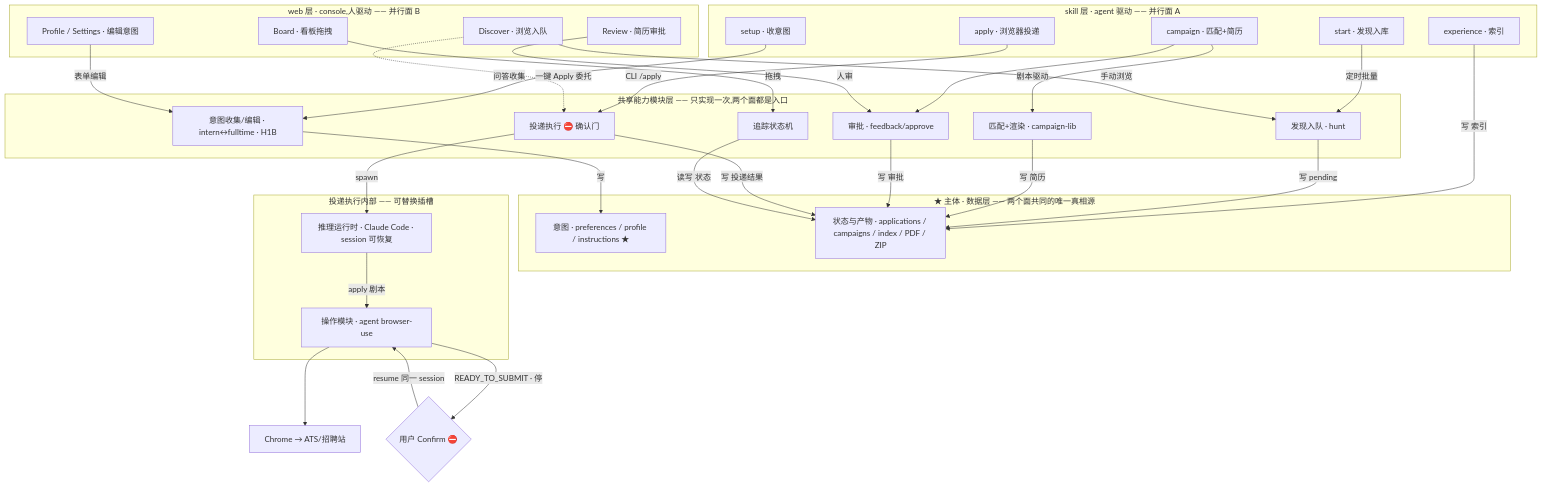
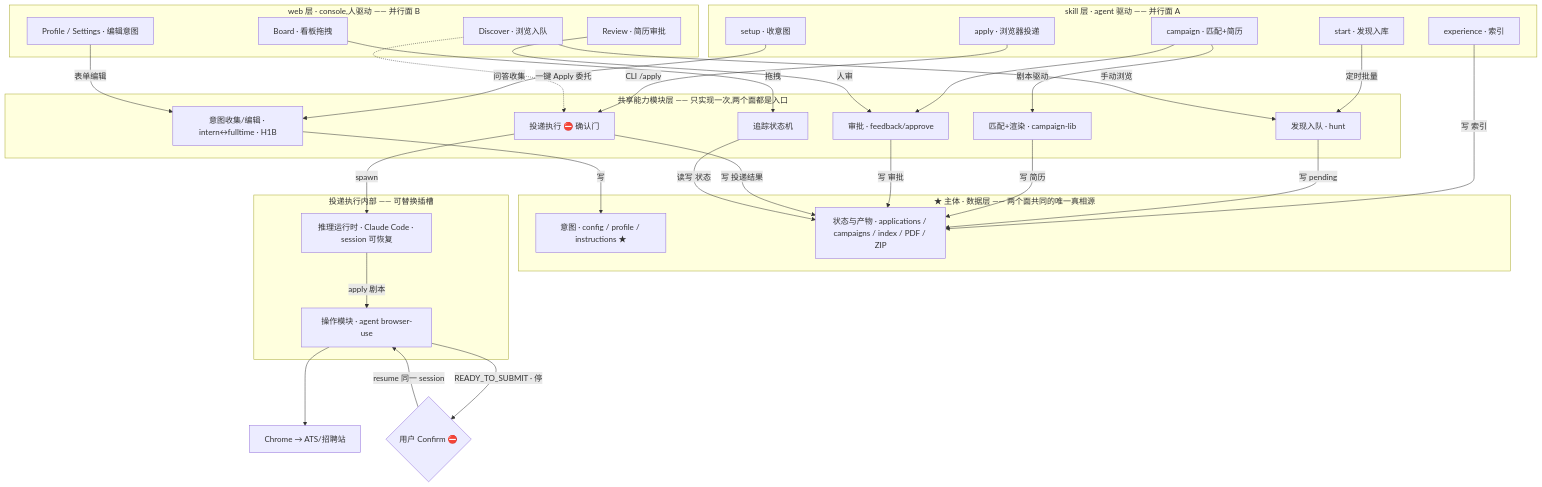
Before and after one commit to Sma1lboy/coforce-apply: the first of 4 diagrams in docs/ARCHITECTURE.md, drawn with Mermaid. The commit also changed 5 other files, not shown here.

````diff
--- a/docs/ARCHITECTURE.md
+++ b/docs/ARCHITECTURE.md
@@ -31,62 +31,62 @@
 ```mermaid
 flowchart TB
   subgraph SK[skill 层 · agent 驱动 —— 并行面 A]
     SETUP[setup · 收意图]
     EXP[experience · 索引]
     START[start · 发现入库]
     CAMP[campaign · 匹配+简历]
     APPLY[apply · 浏览器投递]
   end
 
   subgraph WEB[web 层 · console,人驱动 —— 并行面 B]
     DISC[Discover · 浏览入队]
     BOARD[Board · 看板拖拽]
     REV[Review · 简历审批]
     PSET[Profile / Settings · 编辑意图]
   end
 
   subgraph CAP[共享能力模块层 —— 只实现一次,两个面都是入口]
     C1[意图收集/编辑 · intern↔fulltime · H1B]
     C3[发现入队 · hunt]
     C4[匹配+渲染 · campaign-lib]
     C5[审批 · feedback/approve]
     C6[投递执行 ⛔ 确认门]
     C7[追踪状态机]
   end
 
   subgraph CORE[★ 主体 · 数据层 —— 两个面共同的唯一真相源]
-    INTENT[意图 · preferences / profile / instructions ★]
+    INTENT[意图 · config / profile / instructions ★]
     STATE[状态与产物 · applications / campaigns / index / PDF / ZIP]
   end
 
   SETUP -->|问答收集| C1
   PSET -->|表单编辑| C1
   START -->|定时批量| C3
   DISC -->|手动浏览| C3
   CAMP -->|剧本驱动| C4
   CAMP --> C5
   REV -->|人审| C5
   APPLY -->|CLI /apply| C6
   DISC -.->|一键 Apply 委托| C6
   BOARD -->|拖拽| C7
   EXP -->|写 索引| STATE
   subgraph EXEC[投递执行内部 —— 可替换插槽]
     RT[推理运行时 · Claude Code · session 可恢复]
     OP[操作模块 · agent browser-use]
   end
   CHATS[Chrome → ATS/招聘站]
   GATE{用户 Confirm ⛔}
 
   C6 -->|spawn| RT
   RT -->|apply 剧本| OP
   OP --> CHATS
   OP -->|READY_TO_SUBMIT · 停| GATE
   GATE -->|resume 同一 session| OP
 
   C1 -->|写| INTENT
   C3 -->|写 pending| STATE
   C4 -->|写 简历| STATE
   C5 -->|写 审批| STATE
   C6 -->|写 投递结果| STATE
   C7 -->|读写 状态| STATE
 ```
````
